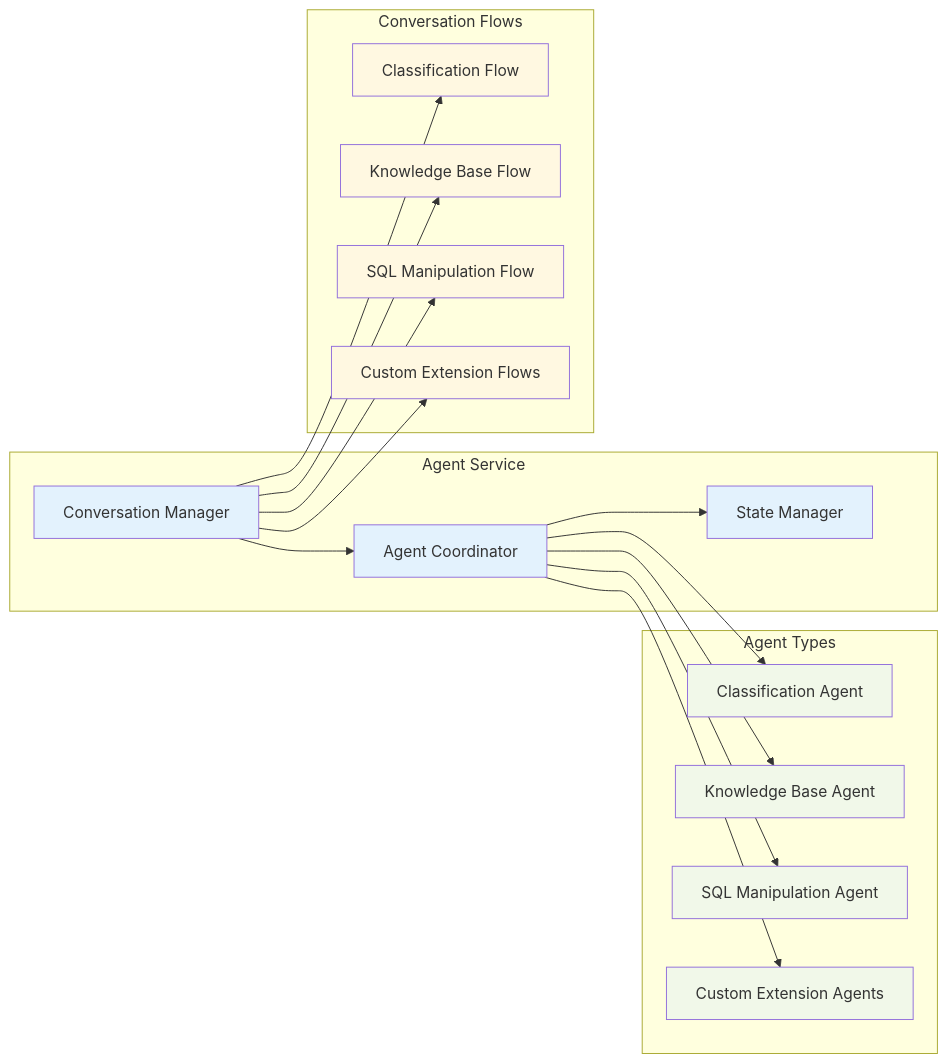
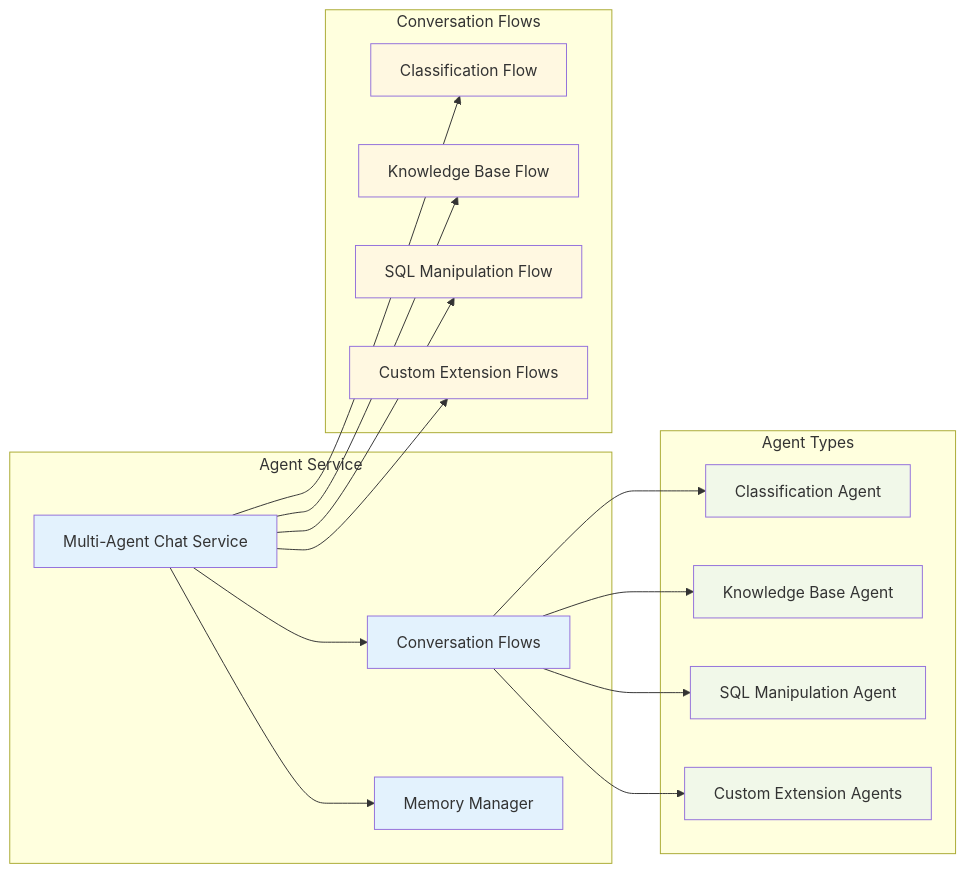
One commit to the-ingenious-dark-knight/Insight_Ingenious changed the second of 13 diagrams in docs/architecture/README.md. Above: the diagram before and after it, drawn with Mermaid. The commit also changed other lines of this file and 17 other files, not shown here.

````diff
--- a/docs/architecture/README.md
+++ b/docs/architecture/README.md
@@ -91,42 +91,42 @@
 ```mermaid
 graph LR
     subgraph "Agent Service"
-        MANAGER[Conversation Manager]
-        COORDINATOR[Agent Coordinator]
-        STATE[State Manager]
+        SERVICE[Multi-Agent Chat Service]
+        FLOWS[Conversation Flows]
+        MEMORY[Memory Manager]
     end
 
     subgraph "Agent Types"
         CLASSIFICATION_AGENT[Classification Agent]
         KNOWLEDGE_AGENT[Knowledge Base Agent]
         SQL_AGENT[SQL Manipulation Agent]
         CUSTOM[Custom Extension Agents]
     end
 
     subgraph "Conversation Flows"
         CLASSIFICATION[Classification Flow]
         KNOWLEDGE[Knowledge Base Flow]
         SQL[SQL Manipulation Flow]
         CUSTOM_FLOW[Custom Extension Flows]
     end
 
-    MANAGER --> COORDINATOR
-    COORDINATOR --> STATE
-    COORDINATOR --> CLASSIFICATION_AGENT
-    COORDINATOR --> KNOWLEDGE_AGENT
-    COORDINATOR --> SQL_AGENT
-    COORDINATOR --> CUSTOM
+    SERVICE --> FLOWS
+    SERVICE --> MEMORY
+    FLOWS --> CLASSIFICATION_AGENT
+    FLOWS --> KNOWLEDGE_AGENT
+    FLOWS --> SQL_AGENT
+    FLOWS --> CUSTOM
 
-    MANAGER --> CLASSIFICATION
-    MANAGER --> KNOWLEDGE
-    MANAGER --> SQL
-    MANAGER --> CUSTOM_FLOW
+    SERVICE --> CLASSIFICATION
+    SERVICE --> KNOWLEDGE
+    SERVICE --> SQL
+    SERVICE --> CUSTOM_FLOW
 
     classDef service fill:#e3f2fd
     classDef agents fill:#f1f8e9
     classDef patterns fill:#fff8e1
 
-    class MANAGER,COORDINATOR,STATE service
+    class SERVICE,FLOWS,MEMORY service
     class CLASSIFICATION_AGENT,KNOWLEDGE_AGENT,SQL_AGENT,CUSTOM agents
     class CLASSIFICATION,KNOWLEDGE,SQL,CUSTOM_FLOW patterns
 ```
````
